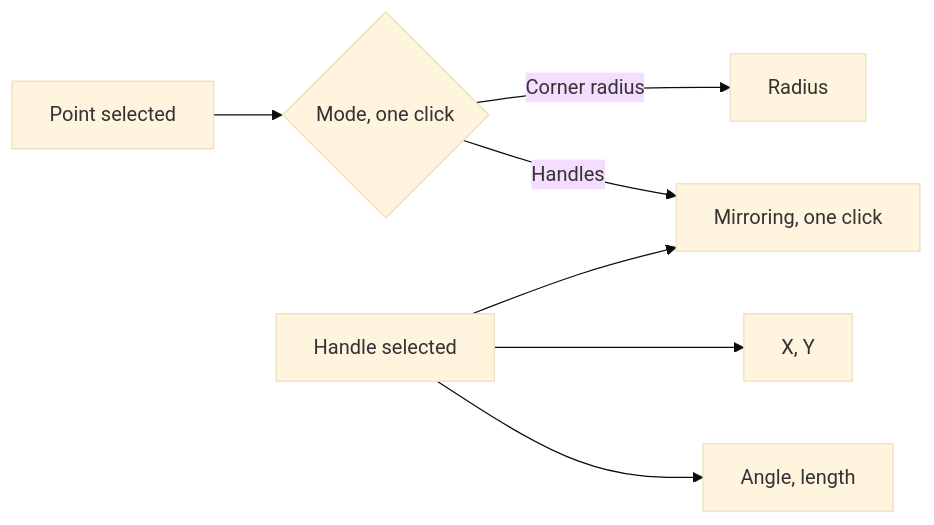
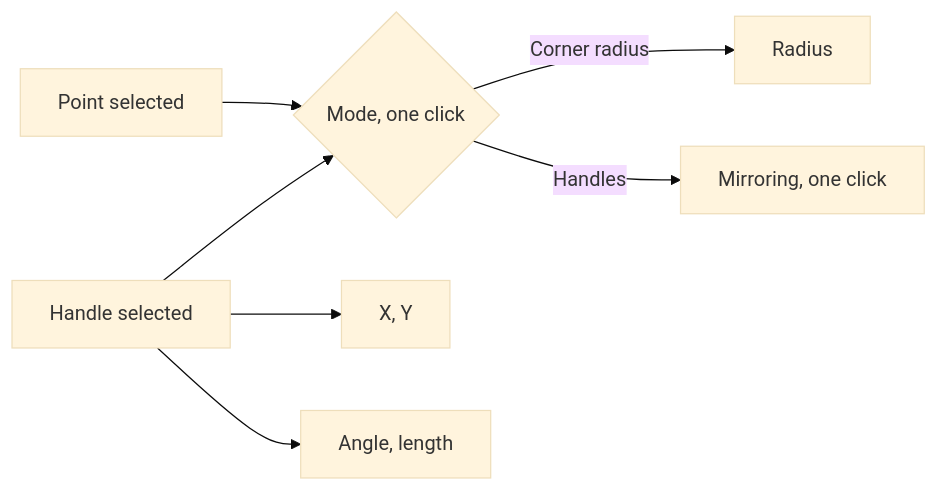
One commit to AlexandreGallais/synoptic-studio-spec changed the diagram in symbols/05-point-editing-mode/points-and-handles.md. Above: the diagram before and after it, drawn with Mermaid (base theme). The commit also changed other lines of this file and 5 other files, not shown here.

````diff
--- a/symbols/05-point-editing-mode/points-and-handles.md
+++ b/symbols/05-point-editing-mode/points-and-handles.md
@@ -67,9 +70,9 @@
 ```mermaid
 flowchart LR
     P["Point selected"] --> M{"Mode, one click"}
     M -- "Corner radius" --> R["Radius"]
     M -- "Handles" --> MI["Mirroring, one click"]
     H["Handle selected"] --> XY["X, Y"]
     H --> AL["Angle, length"]
-    H --> MI
+    H --> M
 ```
````
